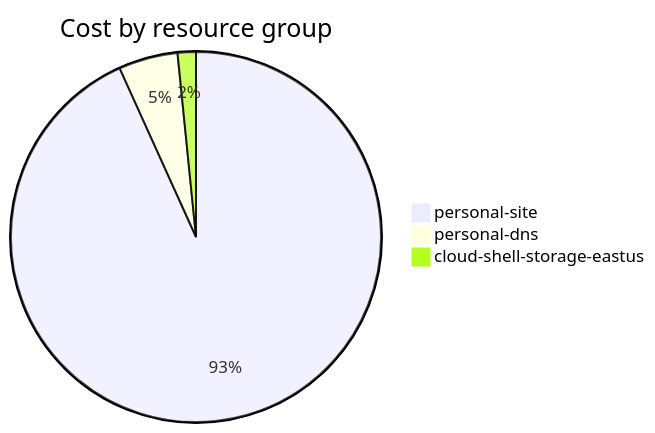
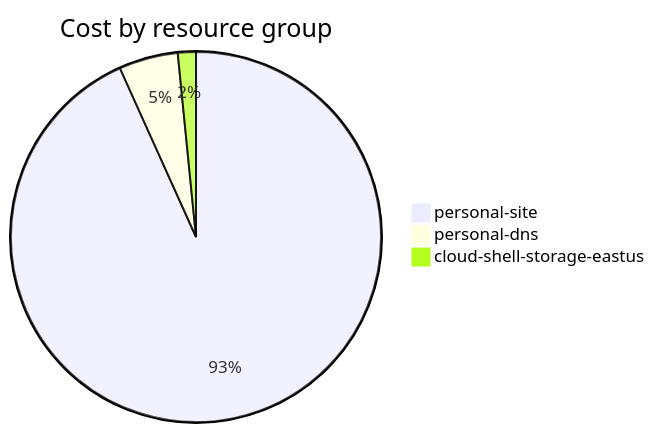
The fourth of 4 diagrams in cost-reports/accumulated-cost.md (jpfulton/azure-personal-reports), drawn with Mermaid before and after one commit. The commit also changed other lines of this file and 4 other files, not shown here.

````diff
--- a/cost-reports/accumulated-cost.md
+++ b/cost-reports/accumulated-cost.md
@@ -141,7 +141,7 @@
 ```mermaid
 pie
    title Cost by resource group
-   "personal-site" : 12.27
-   "personal-dns" : 0.68
-   "cloud-shell-storage-eastus" : 0.21
+   "personal-site" : 13.01
+   "personal-dns" : 0.72
+   "cloud-shell-storage-eastus" : 0.22
 ```
````
